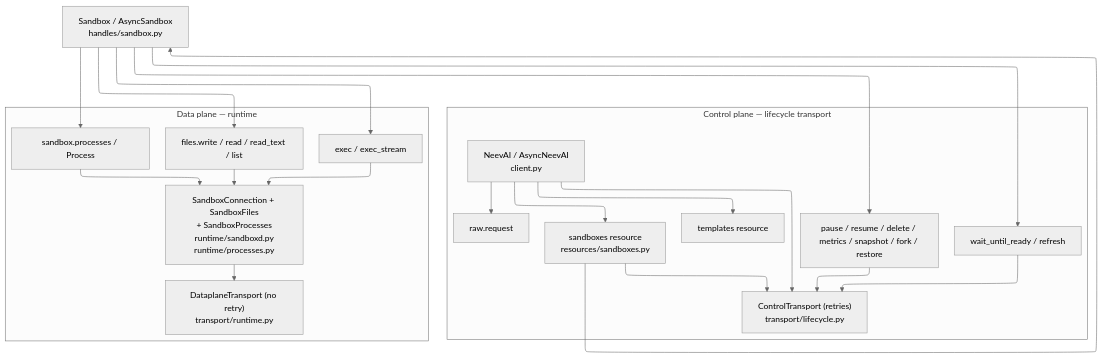
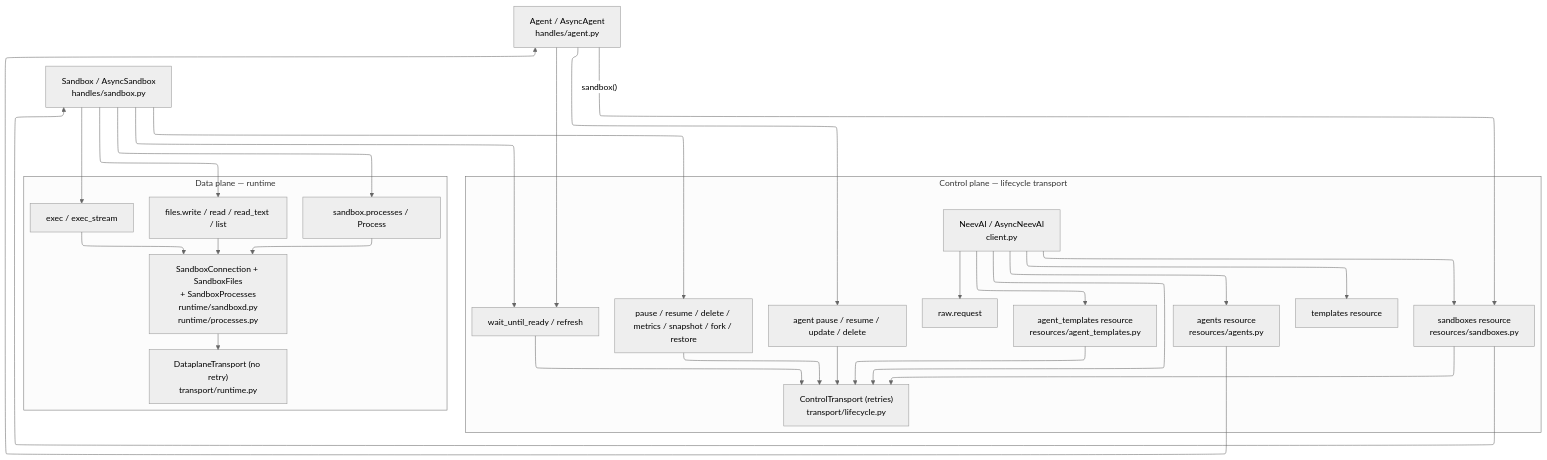
One commit to NeevCloudAI/neev-sdk-python changed the second of 2 diagrams in docs/architecture.md. Above: the diagram before and after it, drawn with Mermaid (neutral theme). The commit also changed other lines of this file and 26 other files, not shown here.

First line of the commit message:
feat: add agent lifecycle SDK

````diff
--- a/docs/architecture.md
+++ b/docs/architecture.md
@@ -121,32 +131,40 @@
 ```mermaid
 ---
 config:
   layout: elk
 ---
 flowchart TB
  subgraph controlPlane["Control plane — lifecycle transport"]
         NeevAI["NeevAI / AsyncNeevAI<br>client.py"]
         Sandboxes["sandboxes resource<br>resources/sandboxes.py"]
+        Agents["agents resource<br>resources/agents.py"]
+        AgentTemplates["agent_templates resource<br>resources/agent_templates.py"]
         Templates["templates resource"]
         Raw["raw.request"]
         Wait["wait_until_ready / refresh"]
         LifecycleOps["pause / resume / delete / metrics / snapshot / fork / restore"]
+        AgentLifecycle["agent pause / resume / update / delete"]
         LifecycleTransport["ControlTransport (retries)<br>transport/lifecycle.py"]
   end
  subgraph dataPlane["Data plane — runtime"]
         Exec["exec / exec_stream"]
         Files["files.write / read / read_text / list"]
         Processes["sandbox.processes / Process"]
         Sandboxd["SandboxConnection + SandboxFiles<br>+ SandboxProcesses<br>runtime/sandboxd.py<br>runtime/processes.py"]
         RuntimeTransport["DataplaneTransport (no retry)<br>transport/runtime.py"]
   end
-    NeevAI --> Sandboxes & Templates & Raw & LifecycleTransport
+    NeevAI --> Sandboxes & Agents & AgentTemplates & Templates & Raw & LifecycleTransport
+    Agents --> AgentH["Agent / AsyncAgent<br>handles/agent.py"]
+    AgentTemplates --> LifecycleTransport
+    AgentH -->|"sandbox()"| Sandboxes
+    AgentH --> Wait & AgentLifecycle
     Sandboxes --> SB["Sandbox / AsyncSandbox<br>handles/sandbox.py"] & LifecycleTransport
     SB --> Wait & LifecycleOps & Exec & Files & Processes
     Wait --> LifecycleTransport
     LifecycleOps --> LifecycleTransport
+    AgentLifecycle --> LifecycleTransport
     Exec --> Sandboxd
     Files --> Sandboxd
     Processes --> Sandboxd
     Sandboxd --> RuntimeTransport
 ```
````
